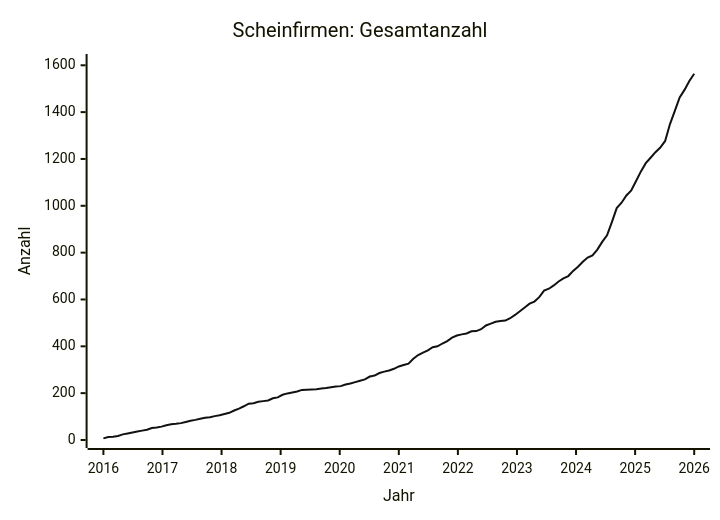
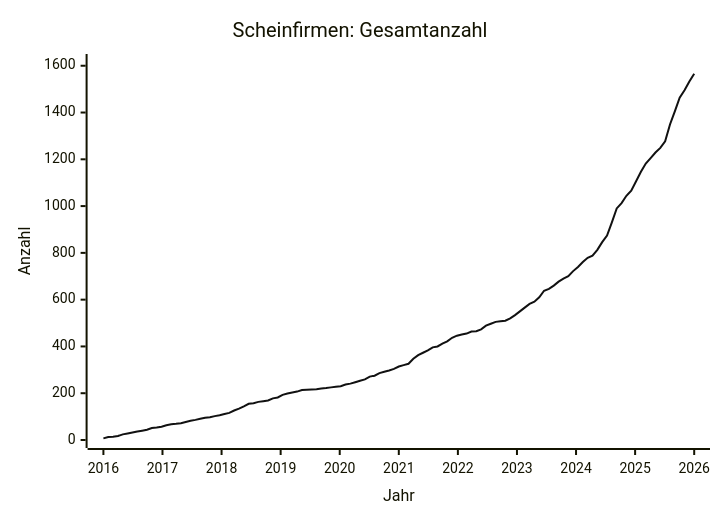
Before and after one commit to arjoma/scheinfirmen-at: the diagram in data/STATS.md, drawn with Mermaid. The commit also changed other lines of this file and 3 other files, not shown here.

````diff
--- a/data/STATS.md
+++ b/data/STATS.md
@@ -9,13 +9,13 @@
 ```mermaid
 ---
 config:
   themeVariables:
     xyChart:
       plotColorPalette: "#111111"
 ---
 xychart-beta
     title "Scheinfirmen: Gesamtanzahl"
     x-axis "Jahr" 2016 --> 2026
-    y-axis "Anzahl" 0 --> 1614
-    line [7, 13, 14, 17, 24, 28, 32, 36, 40, 44, 51, 53, 57, 63, 67, 69, 72, 77, 82, 86, 91, 95, 97, 102, 106, 111, 116, 126, 134, 144, 155, 157, 163, 166, 169, 178, 182, 193, 199, 203, 207, 214, 215, 216, 217, 220, 222, 225, 228, 230, 237, 241, 247, 253, 259, 271, 275, 286, 292, 297, 304, 314, 320, 326, 347, 363, 373, 383, 396, 400, 412, 422, 437, 446, 451, 455, 464, 465, 473, 489, 497, 505, 508, 510, 520, 534, 550, 566, 582, 591, 610, 638, 646, 660, 677, 690, 700, 722, 740, 761, 779, 788, 813, 846, 874, 930, 990, 1013, 1044, 1066, 1106, 1147, 1182, 1205, 1229, 1249, 1277, 1349, 1405, 1463, 1495, 1533, 1564]
+    y-axis "Anzahl" 0 --> 1616
+    line [7, 13, 14, 17, 24, 28, 32, 36, 40, 44, 51, 53, 57, 63, 67, 69, 72, 77, 82, 86, 91, 95, 97, 102, 106, 111, 116, 126, 134, 144, 155, 157, 163, 166, 169, 178, 182, 193, 199, 203, 207, 214, 215, 216, 217, 220, 222, 225, 228, 230, 237, 241, 247, 253, 259, 271, 275, 286, 292, 297, 304, 314, 320, 326, 347, 363, 373, 383, 396, 400, 412, 422, 437, 446, 451, 455, 464, 465, 473, 489, 497, 505, 508, 510, 520, 534, 550, 566, 582, 591, 610, 638, 646, 660, 677, 690, 700, 722, 740, 761, 779, 788, 813, 846, 874, 930, 990, 1013, 1044, 1066, 1106, 1147, 1182, 1205, 1229, 1249, 1277, 1349, 1405, 1463, 1495, 1533, 1566]
 ```
````
